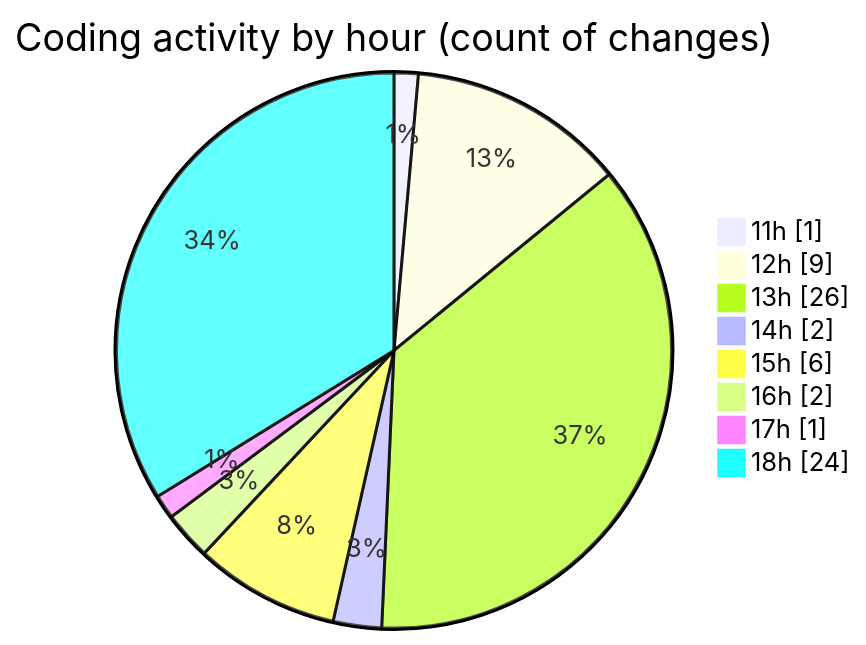
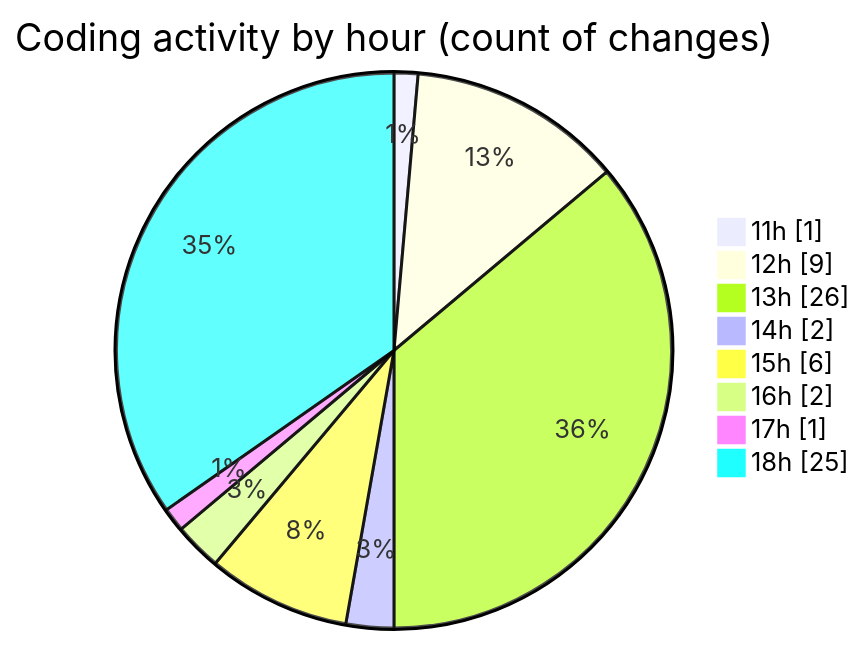
Before and after one commit to nxtqubesakshisongat/code-tracking: the second of 2 diagrams in 2025-11-04/nxtqube_webapp/README.md, drawn with Mermaid. The commit also changed other lines of this file and 1 other file, not shown here.

````diff
--- a/2025-11-04/nxtqube_webapp/README.md
+++ b/2025-11-04/nxtqube_webapp/README.md
@@ -33,12 +33,12 @@
 ```mermaid
 pie showData
 title Coding activity by hour (count of changes)
 "11h" : 1
 "12h" : 9
 "13h" : 26
 "14h" : 2
 "15h" : 6
 "16h" : 2
 "17h" : 1
-"18h" : 24
+"18h" : 25
 ```
````
